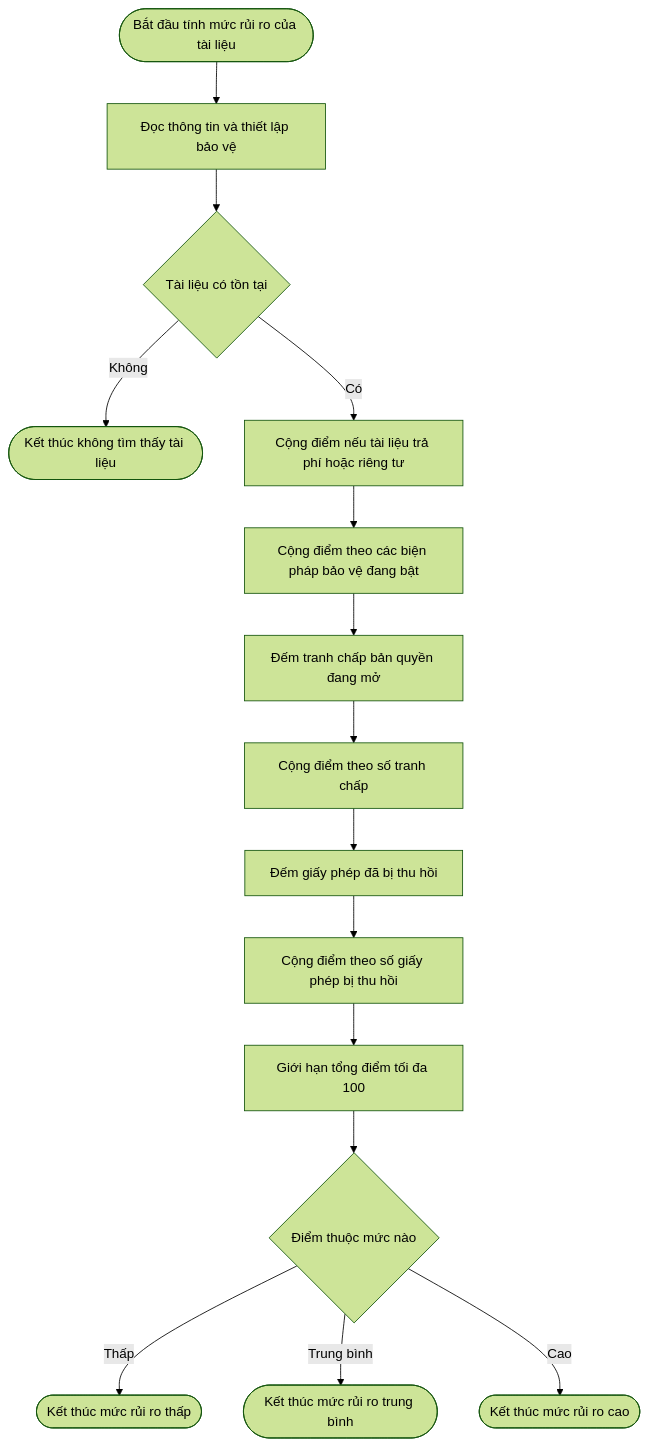
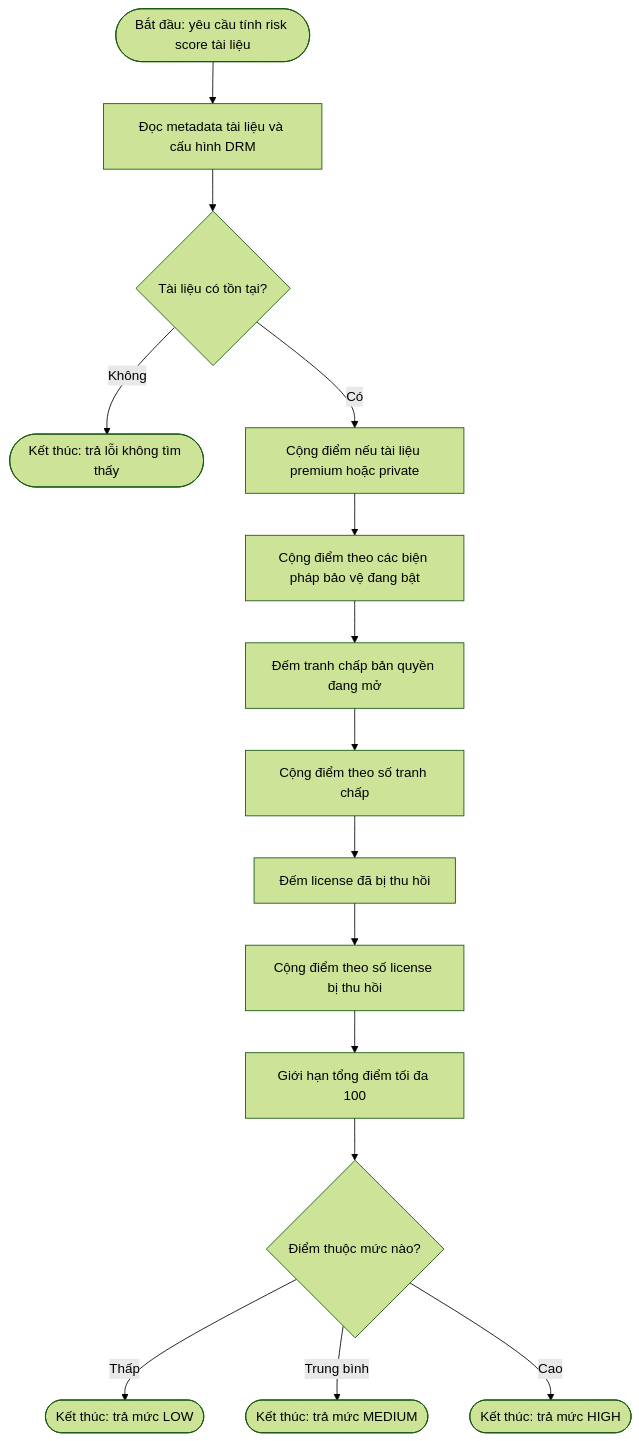
One commit to MinTruqday/dl changed the ninth of 10 diagrams in drm_full_workflow_guide.md. Above: the diagram before and after it, drawn with Mermaid (forest theme). The commit also changed other lines of this file and 78 other files, not shown here.

````diff
--- a/drm_full_workflow_guide.md
+++ b/drm_full_workflow_guide.md
@@ -291,17 +210,17 @@
 ```mermaid
 flowchart TD
-    Start([Bắt đầu tính mức rủi ro của tài liệu]) --> LoadDocument[Đọc thông tin và thiết lập bảo vệ]
-    LoadDocument --> Exists{Tài liệu có tồn tại}
-    Exists -->|Không| NotFound([Kết thúc không tìm thấy tài liệu])
-    Exists -->|Có| AddBaseRisk[Cộng điểm nếu tài liệu trả phí hoặc riêng tư]
+    Start([Bắt đầu: yêu cầu tính risk score tài liệu]) --> LoadDocument[Đọc metadata tài liệu và cấu hình DRM]
+    LoadDocument --> Exists{Tài liệu có tồn tại?}
+    Exists -->|Không| NotFound([Kết thúc: trả lỗi không tìm thấy])
+    Exists -->|Có| AddBaseRisk[Cộng điểm nếu tài liệu premium hoặc private]
     AddBaseRisk --> AddProtectionRisk[Cộng điểm theo các biện pháp bảo vệ đang bật]
     AddProtectionRisk --> CheckDisputes[Đếm tranh chấp bản quyền đang mở]
     CheckDisputes --> AddDisputeRisk[Cộng điểm theo số tranh chấp]
-    AddDisputeRisk --> CheckRevoked[Đếm giấy phép đã bị thu hồi]
-    CheckRevoked --> AddRevokedRisk[Cộng điểm theo số giấy phép bị thu hồi]
+    AddDisputeRisk --> CheckRevoked[Đếm license đã bị thu hồi]
+    CheckRevoked --> AddRevokedRisk[Cộng điểm theo số license bị thu hồi]
     AddRevokedRisk --> ClampRisk[Giới hạn tổng điểm tối đa 100]
-    ClampRisk --> ClassifyRisk{Điểm thuộc mức nào}
-    ClassifyRisk -->|Thấp| Low([Kết thúc mức rủi ro thấp])
-    ClassifyRisk -->|Trung bình| Medium([Kết thúc mức rủi ro trung bình])
-    ClassifyRisk -->|Cao| High([Kết thúc mức rủi ro cao])
+    ClampRisk --> ClassifyRisk{Điểm thuộc mức nào?}
+    ClassifyRisk -->|Thấp| Low([Kết thúc: trả mức LOW])
+    ClassifyRisk -->|Trung bình| Medium([Kết thúc: trả mức MEDIUM])
+    ClassifyRisk -->|Cao| High([Kết thúc: trả mức HIGH])
 ```
````
